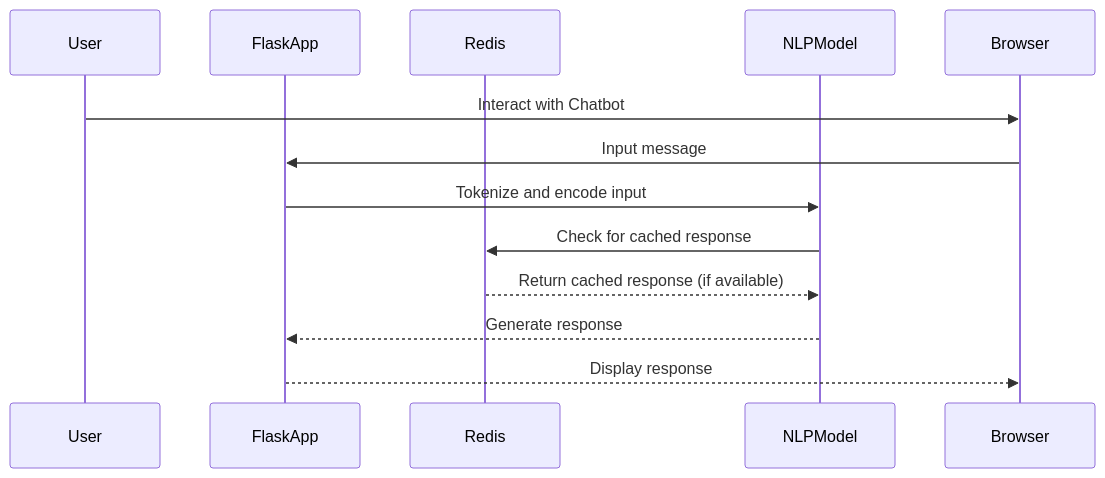
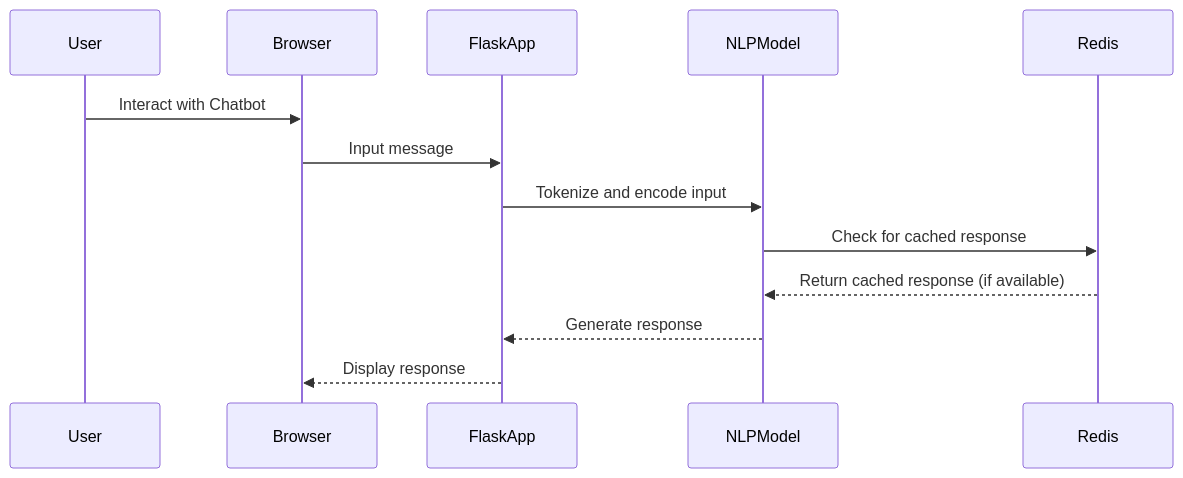
Before and after one commit to kaizen-ai/kaizenflow: the diagram in sorrentum_sandbox/spring2024/SorrTask780_Simple_Chatbot_with_Redis/README.md, drawn with Mermaid. The commit also changed other lines of this file and 1 other file, not shown here.

````diff
--- a/sorrentum_sandbox/spring2024/SorrTask780_Simple_Chatbot_with_Redis/README.md
+++ b/sorrentum_sandbox/spring2024/SorrTask780_Simple_Chatbot_with_Redis/README.md
@@ -495,17 +534,17 @@
 ```mermaid
 sequenceDiagram;
     participant User;
+    participant Browser;
     participant FlaskApp;
+    participant NLPModel;
     participant Redis;
-    participant NLPModel;
-    participant Browser;
-
+    
     User->>Browser: Interact with Chatbot;
     Browser->>FlaskApp: Input message;
     FlaskApp->>NLPModel: Tokenize and encode input;
     NLPModel->>Redis: Check for cached response;
     Redis-->>NLPModel: Return cached response (if available);
     NLPModel-->>FlaskApp: Generate response;
     FlaskApp-->>Browser: Display response;  
 
 ```
````
